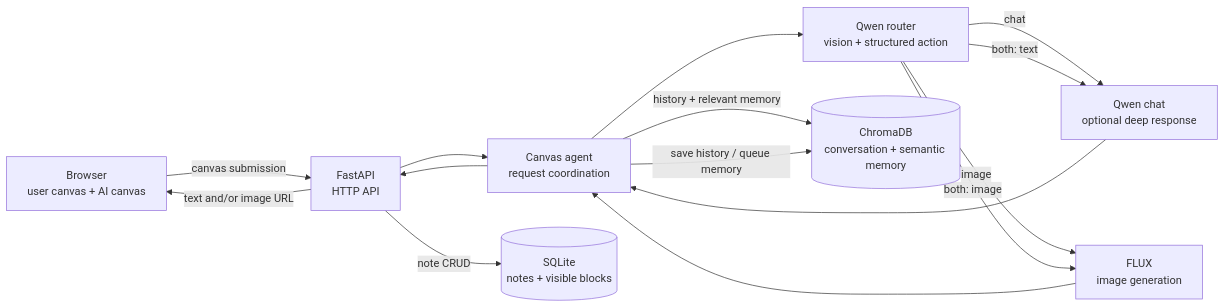
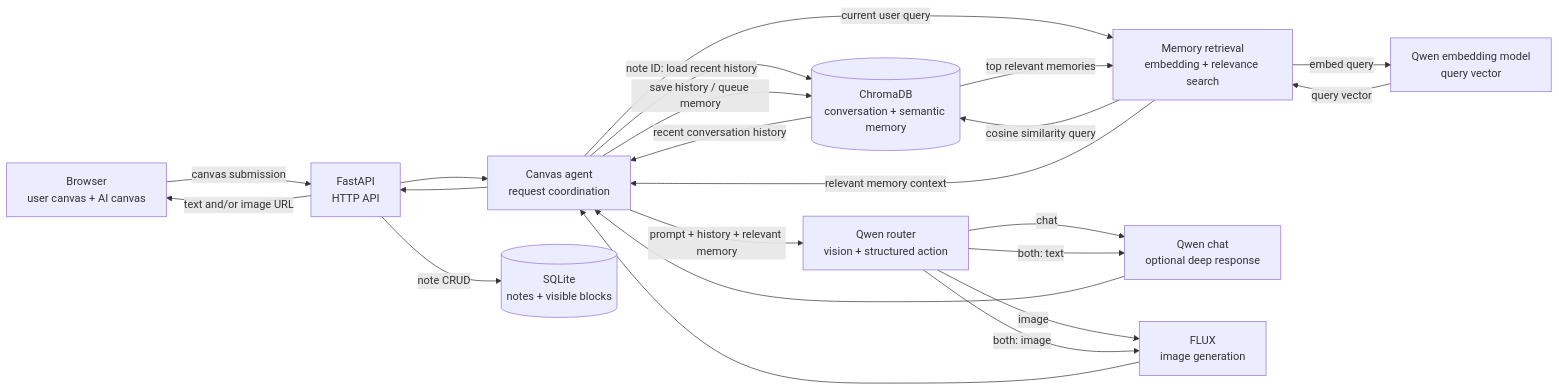
One commit to Thickishcoast/INKNOTE_AI_WEB changed the diagram in README.md. Above: the diagram before and after it, drawn with Mermaid. The commit also changed other lines of this file and 1 other file, not shown here.

````diff
--- a/README.md
+++ b/README.md
@@ -16,26 +16,35 @@
 ```mermaid
 flowchart LR
     Browser["Browser<br/>user canvas + AI canvas"]
     API["FastAPI<br/>HTTP API"]
     Agent["Canvas agent<br/>request coordination"]
+    Memory["Memory retrieval<br/>embedding + relevance search"]
+    Embed["Qwen embedding model<br/>query vector"]
     Router["Qwen router<br/>vision + structured action"]
     Chat["Qwen chat<br/>optional deep response"]
     Flux["FLUX<br/>image generation"]
     Chroma[("ChromaDB<br/>conversation + semantic memory")]
     SQLite[("SQLite<br/>notes + visible blocks")]
 
     Browser -->|"canvas submission"| API
     API --> Agent
-    Agent -->|"history + relevant memory"| Chroma
-    Agent --> Router
+    Agent -->|"note ID: load recent history"| Chroma
+    Chroma -->|"recent conversation history"| Agent
+    Agent -->|"current user query"| Memory
+    Memory -->|"embed query"| Embed
+    Embed -->|"query vector"| Memory
+    Memory -->|"cosine similarity query"| Chroma
+    Chroma -->|"top relevant memories"| Memory
+    Memory -->|"relevant memory context"| Agent
+    Agent -->|"prompt + history + relevant memory"| Router
     Router -->|"chat"| Chat
     Router -->|"image"| Flux
     Router -->|"both: text"| Chat
     Router -->|"both: image"| Flux
     Chat --> Agent
     Flux --> Agent
     Agent -->|"save history / queue memory"| Chroma
     API -->|"note CRUD"| SQLite
     Agent --> API
     API -->|"text and/or image URL"| Browser
 ```
````
